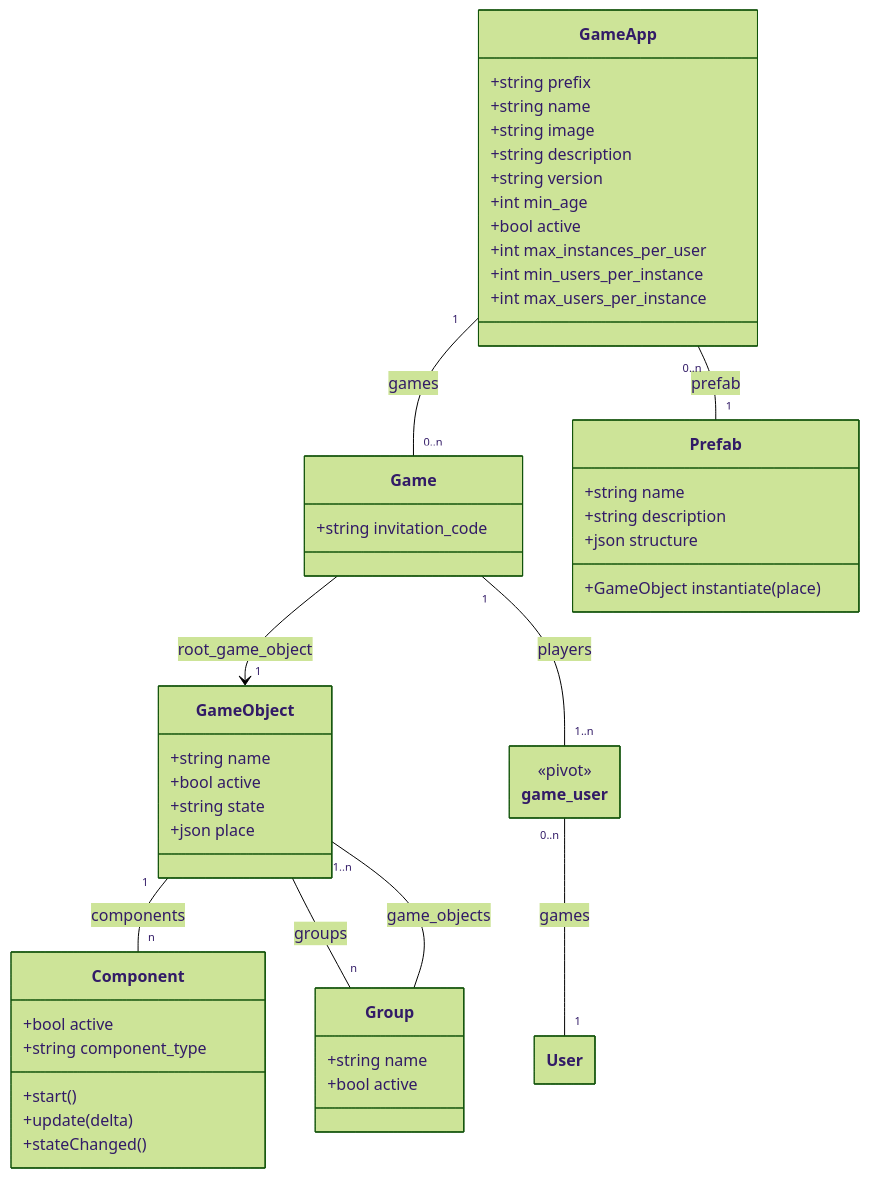
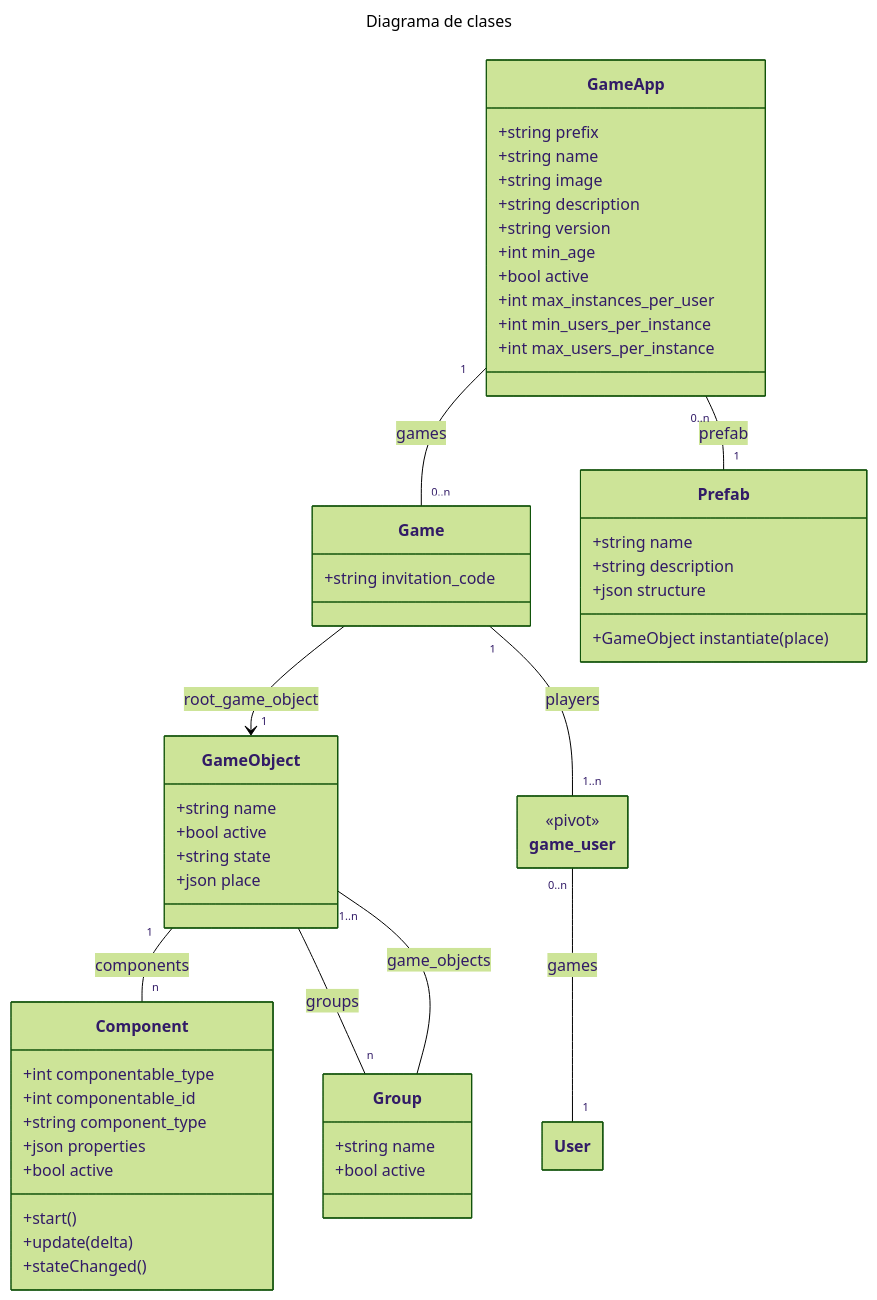
The first of 2 diagrams in docs/class_diagrams.md (eormeno/base-project), drawn with Mermaid (forest theme) before and after one commit. The commit also changed other lines of this file and 6 other files, not shown here.

````diff
--- a/docs/class_diagrams.md
+++ b/docs/class_diagrams.md
@@ -3,60 +1,64 @@
 ```mermaid
 ---
-  config:
+title: Diagrama de clases
+config:
     class:
       hideEmptyMembersBox: true
 ---
 classDiagram
     direction TD
     class User {
     }
     class GameApp {
         +string prefix
         +string name
         +string image
         +string description
         +string version
         +int min_age
         +bool active
         +int max_instances_per_user
         +int min_users_per_instance
         +int max_users_per_instance
     }
     class Game {
         +string invitation_code
     }
     class game_user {
         <<pivot>>
     }
     class Prefab {
         +string name
         +string description
         +json structure
         +GameObject instantiate(place)
     }
     class GameObject {
         +string name
         +bool active
         +string state
         +json place
     }
     class Group {
         +string name
         +bool active
     }
     class Component {
+        +int componentable_type
+        +int componentable_id
+        +string component_type
+        +json properties
         +bool active
-        +string component_type
         +start()
         +update(delta)
         +stateChanged()
     }
     Game --> "1" GameObject : root_game_object
     GameObject "1" -- "n" Component : components
     GameObject -- "n" Group : groups
     Group -- "1..n" GameObject : game_objects
     GameApp "1" -- "0..n" Game : games
     Game "1" -- "1..n" game_user : players
     GameApp "0..n" -- "1" Prefab : prefab
     game_user "0..n" -- "1" User : games
 ```
````
